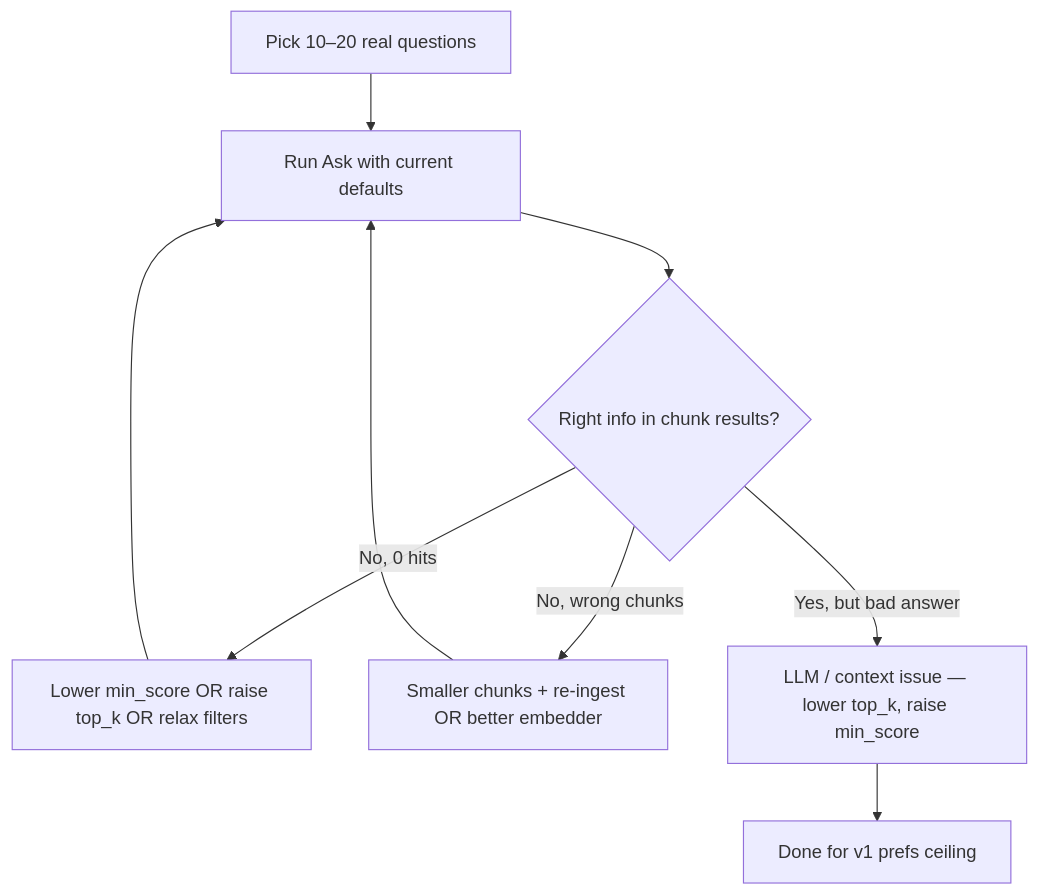
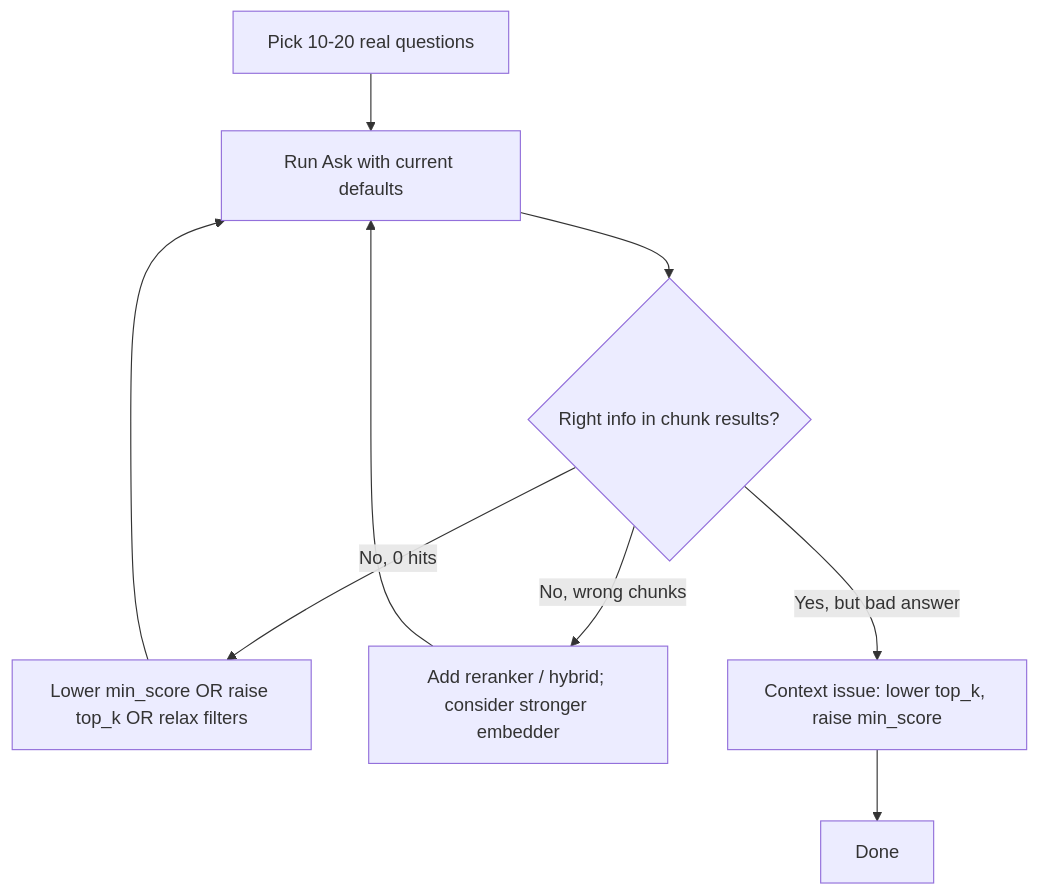
One commit to hiro-league/hiroleague changed the second of 2 diagrams in docs/rag-optimize.md. Above: the diagram before and after it, drawn with Mermaid. The commit also changed other lines of this file and 42 other files, not shown here.

````diff
--- a/docs/rag-optimize.md
+++ b/docs/rag-optimize.md
@@ -264,11 +213,11 @@
 ```mermaid
 flowchart TD
-    A[Pick 10–20 real questions] --> B[Run Ask with current defaults]
+    A[Pick 10-20 real questions] --> B[Run Ask with current defaults]
     B --> C{Right info in chunk results?}
     C -->|No, 0 hits| D[Lower min_score OR raise top_k OR relax filters]
-    C -->|No, wrong chunks| E[Smaller chunks + re-ingest OR better embedder]
-    C -->|Yes, but bad answer| F[LLM / context issue — lower top_k, raise min_score]
+    C -->|No, wrong chunks| E[Add reranker / hybrid; consider stronger embedder]
+    C -->|Yes, but bad answer| F[Context issue: lower top_k, raise min_score]
     D --> B
     E --> B
-    F --> G[Done for v1 prefs ceiling]
+    F --> G[Done]
 ```
````
